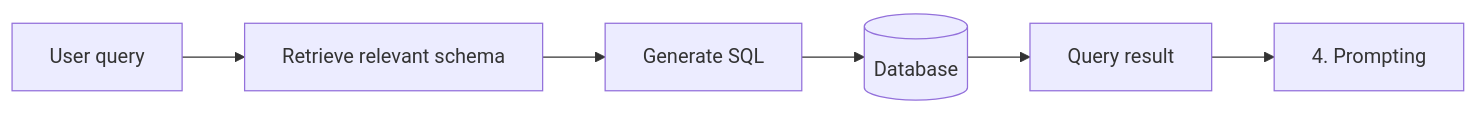
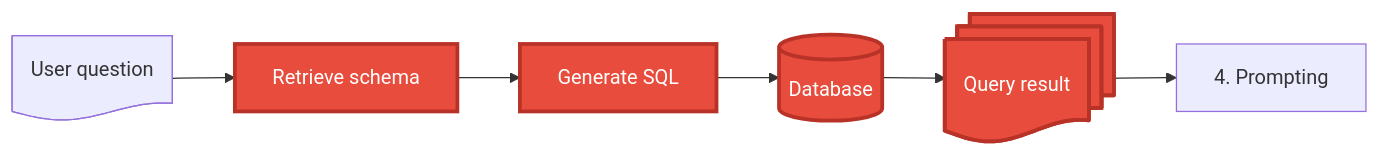
Diagram 11 of 20 in slides/02-rag.qmd (w4bo/AA2627-unibo-dcai), drawn with Mermaid before and after one commit. The commit also changed other lines of this file and 2 other files, not shown here.

````diff
--- a/slides/02-rag.qmd
+++ b/slides/02-rag.qmd
@@ -638,9 +662,12 @@
 ```{mermaid}
 %%| echo: false
 flowchart LR
-  Q[User query] --> Schema[Retrieve relevant schema]
-  Schema --> SQL[Generate SQL]
+  Q@{ shape: doc, label: "User question" } --> S[Retrieve schema]
+  S --> SQL[Generate SQL]
   SQL --> DB[(Database)]
-  DB --> Result[Query result]
-  Result --> G[4. Prompting]
+  DB --> R@{ shape: docs, label: "Query result" }
+  R --> P[4. Prompting]
+
+  classDef focus fill:#e74c3c,color:#fff,stroke:#b83227,stroke-width:3px
+  class S,SQL,DB,R focus
 ```
````
